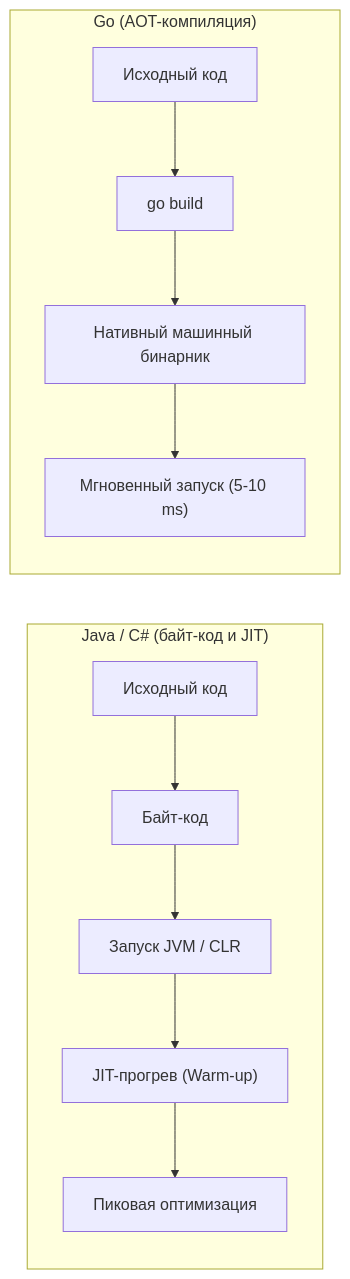
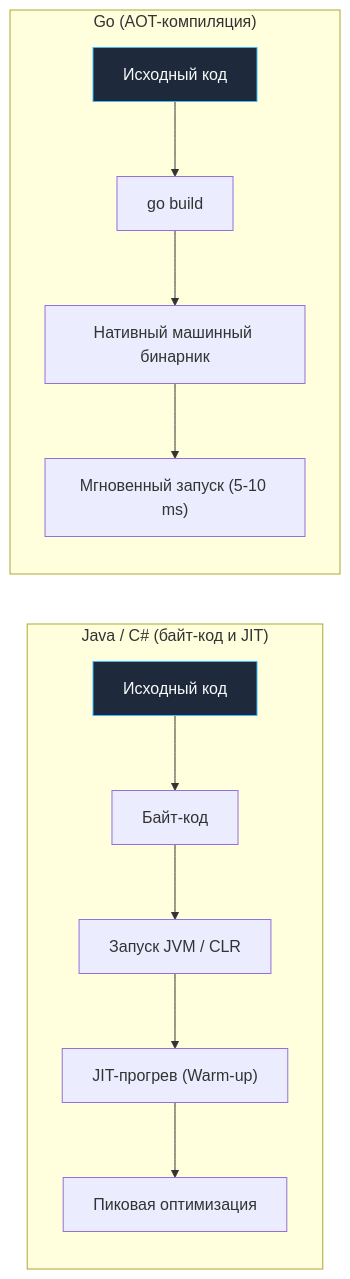
Before and after one commit to UnrealTemplier/go-textbook: the second of 2 diagrams in sources/4. История и философия Go/4. Почему Go не похож на Java, C++ и C#.md, drawn with Mermaid. The commit also changed other lines of this file and 1666 other files, not shown here.

First line of the commit message:
feat(mermaid): add semantic color classDef to 1369 colorless flowchart/graph diagrams

````diff
--- a/sources/4. История и философия Go/4. Почему Go не похож на Java, C++ и C#.md
+++ b/sources/4. История и философия Go/4. Почему Go не похож на Java, C++ и C#.md
@@ -115,15 +125,25 @@
 ```mermaid
 flowchart LR
+    classDef process  fill:#1e293b,stroke:#38bdf8,stroke-width:1px,color:#f8fafc
+    classDef success  fill:#064e3b,stroke:#34d399,stroke-width:1px,color:#f8fafc
+    classDef error    fill:#7f1d1d,stroke:#f87171,stroke-width:1px,color:#f8fafc
+    classDef warning  fill:#78350f,stroke:#fbbf24,stroke-width:1px,color:#f8fafc
+    classDef entry    fill:#1e3a5f,stroke:#38bdf8,stroke-width:2px,color:#f8fafc
+    classDef aux      fill:#334155,stroke:#64748b,stroke-width:1px,color:#f8fafc
+    classDef system   fill:#312e81,stroke:#a78bfa,stroke-width:1px,color:#f8fafc
+    classDef data     fill:#132d29,stroke:#2dd4bf,stroke-width:1px,color:#f8fafc
+    classDef network  fill:#881337,stroke:#fb7185,stroke-width:1px,color:#f8fafc
+    classDef accent   fill:#1e1b4b,stroke:#818cf8,stroke-width:1px,color:#f8fafc
     subgraph VM["Java / C# (байт-код и JIT)"]
-        J1["Исходный код"] --> J2["Байт-код"]
+        J1["Исходный код"]:::process --> J2["Байт-код"]
         J2 --> J3["Запуск JVM / CLR"]
         J3 --> J4["JIT-прогрев (Warm-up)"]
         J4 --> J5["Пиковая оптимизация"]
     end
 
     subgraph GoComp["Go (AOT-компиляция)"]
-        G1["Исходный код"] --> G2["go build"]
+        G1["Исходный код"]:::process --> G2["go build"]
         G2 --> G3["Нативный машинный бинарник"]
         G3 --> G4["Мгновенный запуск (5-10 ms)"]
     end
 ```
````
